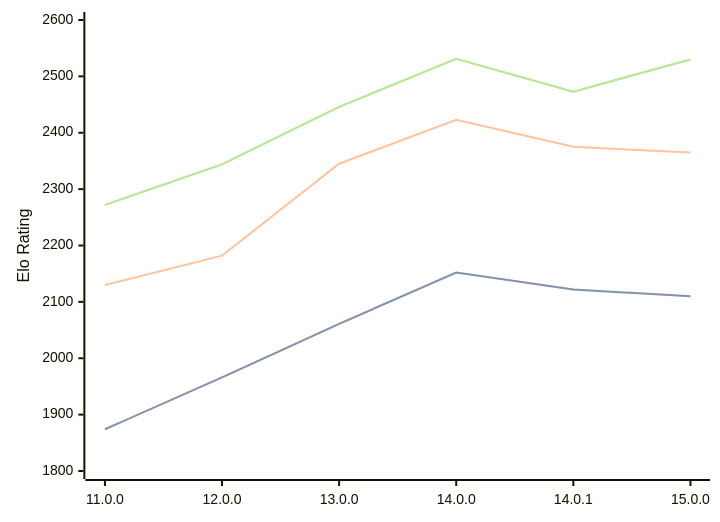
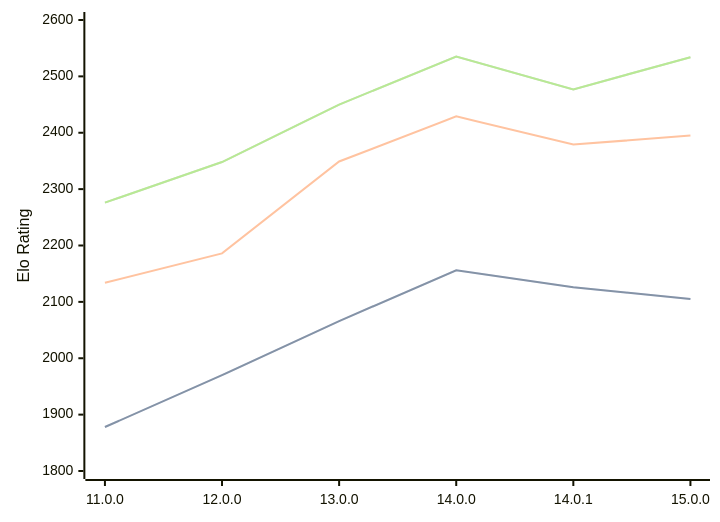
Before and after one commit to computer-chess-index/cci: the diagram in engines/Cepimetheus.md, drawn with Mermaid. The commit also changed other lines of this file, not shown here.

Commit message:
Update CCI Ratings (ELO VLTC) - 2026-08-18

````diff
--- a/engines/Cepimetheus.md
+++ b/engines/Cepimetheus.md
@@ -66,11 +66,11 @@
 ```mermaid
 %%{init: {"theme":"base","themeVariables":{"seriesColors:['#a3a3a3','#222221','#faa371']}}}%%
 xychart-beta
   x-axis ["11.0.0", "12.0.0", "13.0.0", "14.0.0", "14.0.1", "15.0.0"]
   y-axis "Elo Rating" 1800 --> 2600
-  line "STC (8.0+0.08s)" [1874, 1966, 2061, 2152, 2122, 2110]
-  line "STC (8.0+0.08s)" [1874, 1966, 2061, 2152, 2122, 2110]
-  line "LTC (60.0+0.60s)" [2130, 2182, 2345, 2423, 2375, 2365]
-  line "VLTC (2m24s+1.12s)" [2272, 2344, 2446, 2531, 2473, 2530]
-  line "VLTC (2m24s+1.12s)" [2272, 2344, 2446, 2531, 2473, 2530]
+  line "STC (8.0+0.08s)" [1878, 1970, 2066, 2156, 2126, 2105]
+  line "STC (8.0+0.08s)" [1878, 1970, 2066, 2156, 2126, 2105]
+  line "LTC (60.0+0.60s)" [2134, 2186, 2349, 2429, 2379, 2395]
+  line "VLTC (2m24s+1.12s)" [2276, 2348, 2450, 2535, 2477, 2534]
+  line "VLTC (2m24s+1.12s)" [2276, 2348, 2450, 2535, 2477, 2534]
 ```
````
